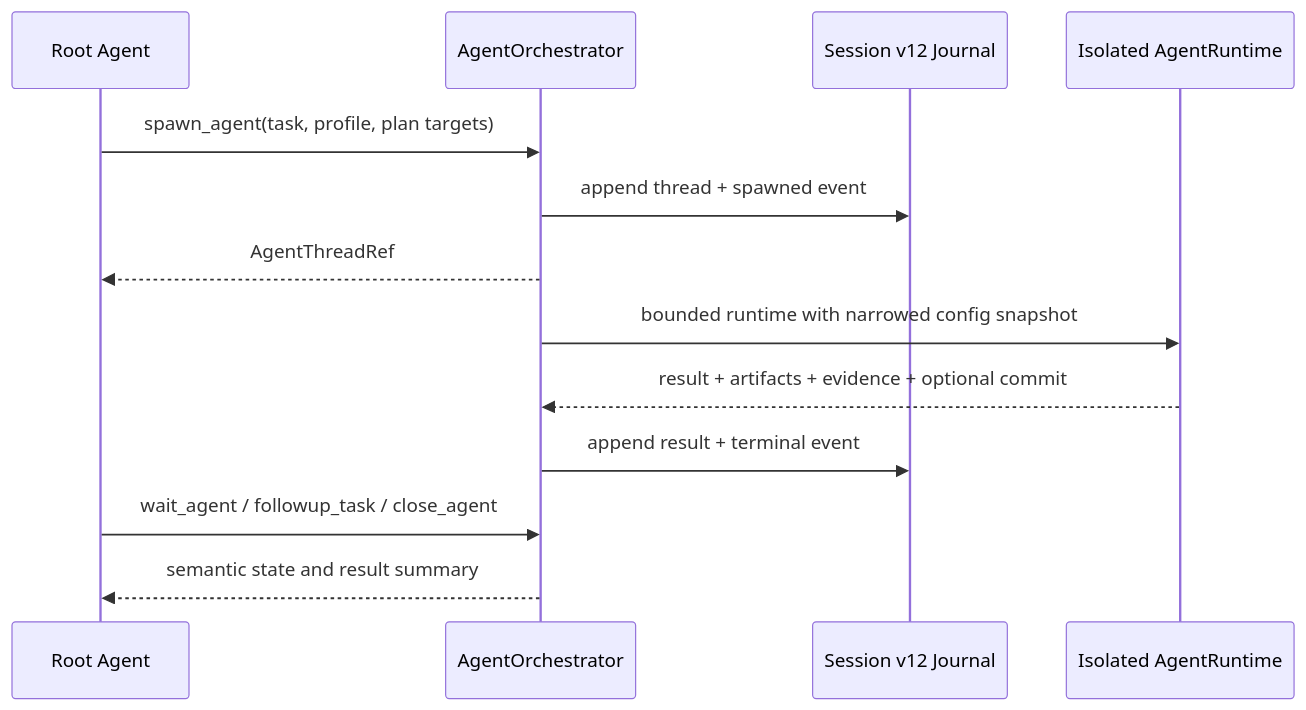
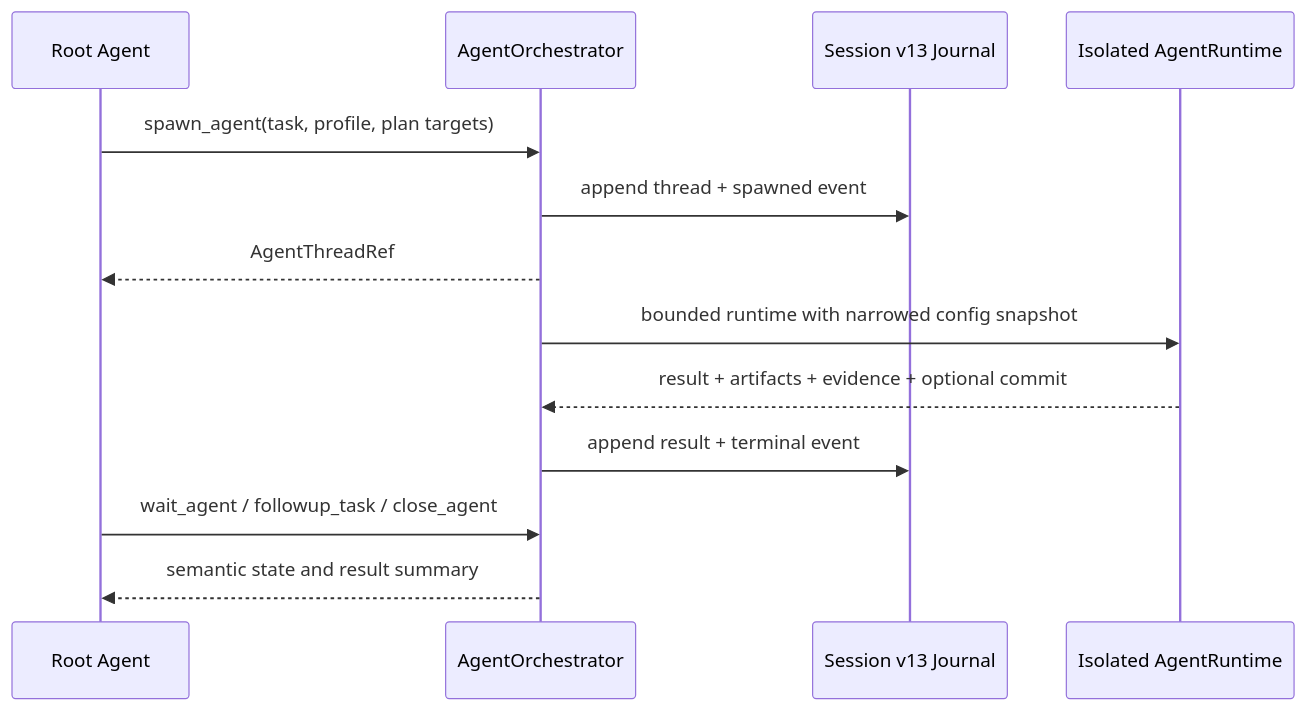
One commit to JasonYZzz/lumen changed the second of 2 diagrams in docs/architecture-guide/06-extensions-and-delegation.md. Above: the diagram before and after it, drawn with Mermaid. The commit also changed other lines of this file and 38 other files, not shown here.

````diff
--- a/docs/architecture-guide/06-extensions-and-delegation.md
+++ b/docs/architecture-guide/06-extensions-and-delegation.md
@@ -62,16 +62,16 @@
 ```mermaid
 sequenceDiagram
     participant Parent as Root Agent
     participant AO as AgentOrchestrator
-    participant SR as Session v12 Journal
+    participant SR as Session v13 Journal
     participant Child as Isolated AgentRuntime
 
     Parent->>AO: spawn_agent(task, profile, plan targets)
     AO->>SR: append thread + spawned event
     AO-->>Parent: AgentThreadRef
     AO->>Child: bounded runtime with narrowed config snapshot
     Child-->>AO: result + artifacts + evidence + optional commit
     AO->>SR: append result + terminal event
     Parent->>AO: wait_agent / followup_task / close_agent
     AO-->>Parent: semantic state and result summary
 ```
````
